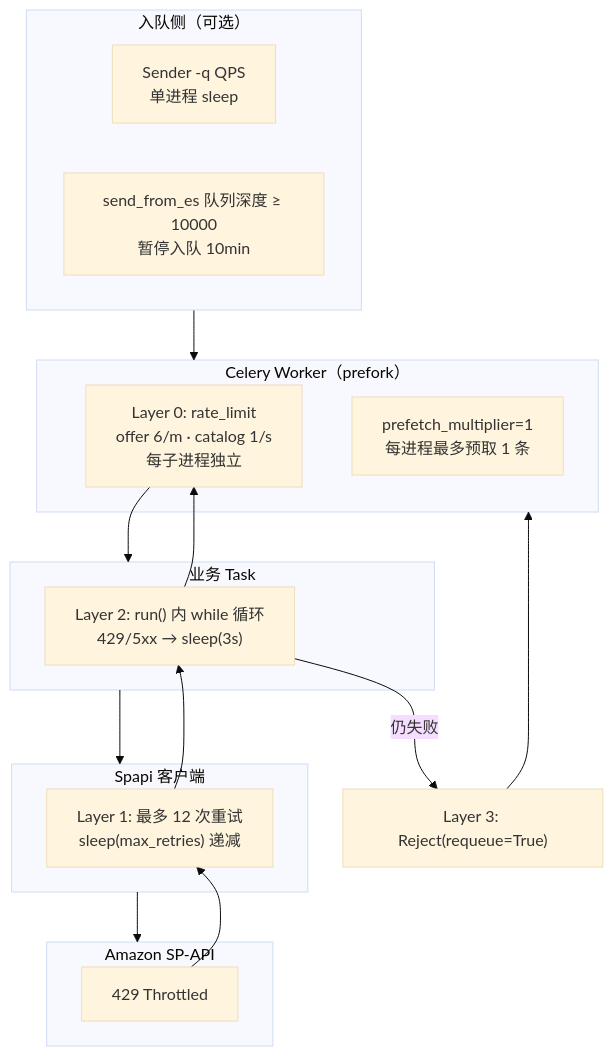
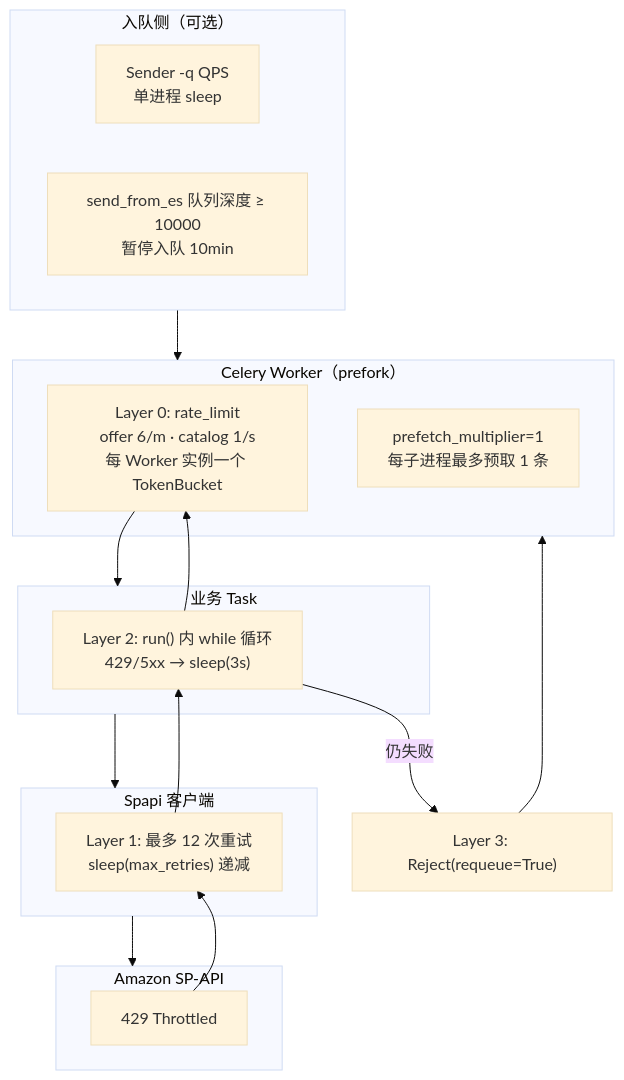
Before and after one commit to AriseshineSky/em-spapi-celery: the second of 5 diagrams in docs/SPAPI_RATE_LIMITING.md, drawn with Mermaid (base theme). The commit also changed other lines of this file and 1 other file, not shown here.

First line of the commit message:
Document Celery TokenBucket vs SP-API token bucket rate limiting.

````diff
--- a/docs/SPAPI_RATE_LIMITING.md
+++ b/docs/SPAPI_RATE_LIMITING.md
@@ -107,30 +147,30 @@
 ```mermaid
 flowchart TB
   subgraph Send["入队侧（可选）"]
     QPS["Sender -q QPS<br/>单进程 sleep"]
     QB["send_from_es 队列深度 ≥ 10000<br/>暂停入队 10min"]
   end
 
   subgraph Celery["Celery Worker（prefork）"]
-    RL["Layer 0: rate_limit<br/>offer 6/m · catalog 1/s<br/>每子进程独立"]
-    PF["prefetch_multiplier=1<br/>每进程最多预取 1 条"]
+    RL["Layer 0: rate_limit<br/>offer 6/m · catalog 1/s<br/>每 Worker 实例一个 TokenBucket"]
+    PF["prefetch_multiplier=1<br/>每子进程最多预取 1 条"]
   end
 
   subgraph Task["业务 Task"]
     L2["Layer 2: run() 内 while 循环<br/>429/5xx → sleep(3s)"]
   end
 
   subgraph Spapi["Spapi 客户端"]
     L1["Layer 1: 最多 12 次重试<br/>sleep(max_retries) 递减"]
   end
 
   subgraph Amazon["Amazon SP-API"]
     API["429 Throttled"]
   end
 
   Send --> Celery
   RL --> Task --> Spapi --> Amazon
   API --> L1 --> L2 --> RL
   L2 -->|仍失败| REJ["Layer 3: Reject(requeue=True)"]
   REJ --> Celery
 ```
````
